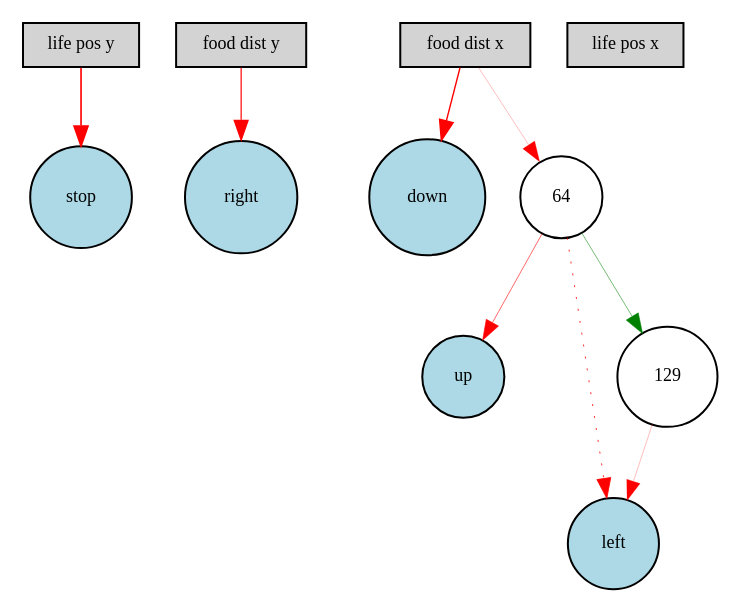
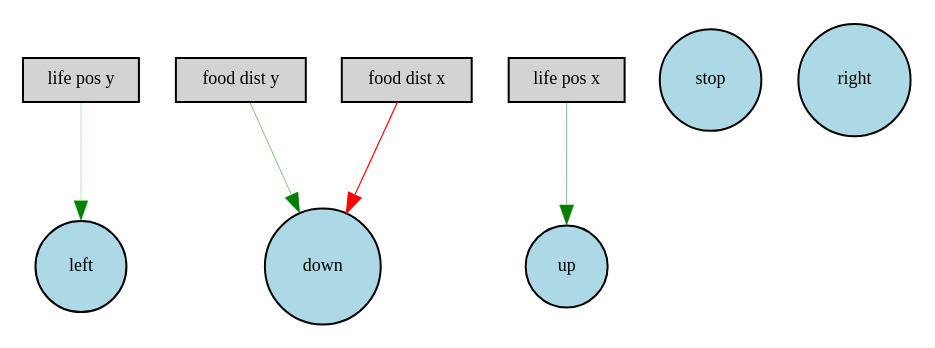
The diagram in Digraph.gv (Elphiie/NEAT-practice), drawn with Graphviz before and after one commit. The commit also changed 14 other files, not shown here.

```diff
--- a/Digraph.gv
+++ b/Digraph.gv
@@ -1,22 +1,16 @@
 digraph {
 	node [fontsize=9 height=0.3 shape=circle width=0.3]
 	"life pos y" [fillcolor=lightgray shape=box style=filled]
 	"food dist y" [fillcolor=lightgray shape=box style=filled]
 	"food dist x" [fillcolor=lightgray shape=box style=filled]
 	"life pos x" [fillcolor=lightgray shape=box style=filled]
 	stop [fillcolor=lightblue style=filled]
 	up [fillcolor=lightblue style=filled]
 	down [fillcolor=lightblue style=filled]
 	left [fillcolor=lightblue style=filled]
 	right [fillcolor=lightblue style=filled]
-	64 [fillcolor=white style=filled]
-	129 [fillcolor=white style=filled]
-	"food dist y" -> right [color=red penwidth=0.5866235781915143 style=solid]
-	"food dist x" -> down [color=red penwidth=0.7112515115087769 style=solid]
-	"life pos y" -> stop [color=red penwidth=0.8222880362071546 style=solid]
-	"food dist x" -> 64 [color=red penwidth=0.13259313065511022 style=solid]
-	64 -> left [color=red penwidth=0.41145823035317886 style=dotted]
-	64 -> 129 [color=green penwidth=0.26994828790086445 style=solid]
-	129 -> left [color=red penwidth=0.13095359496004616 style=solid]
-	64 -> up [color=red penwidth=0.30484328002300215 style=solid]
+	"food dist y" -> down [color=green penwidth=0.2511449587733968 style=solid]
+	"life pos y" -> left [color=green penwidth=0.13490369978558656 style=solid]
+	"food dist x" -> down [color=red penwidth=0.579444908736802 style=solid]
+	"life pos x" -> up [color=green penwidth=0.25472754390473695 style=solid]
 }
```
